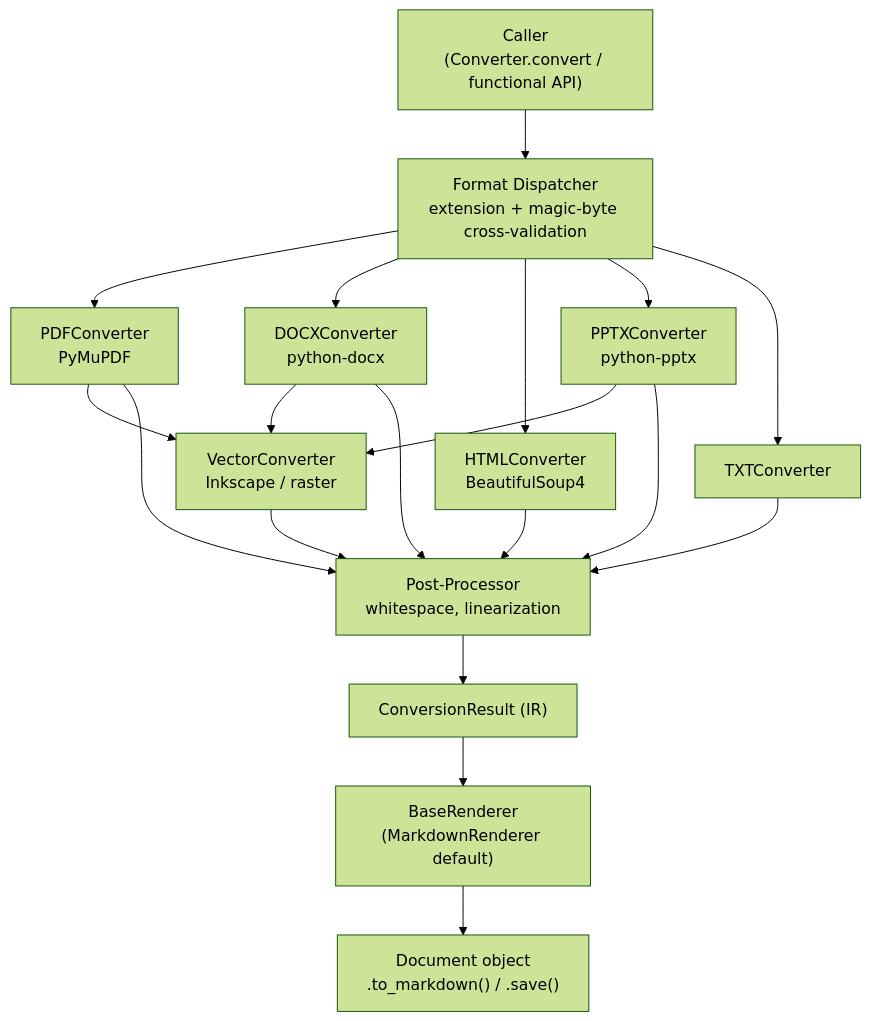
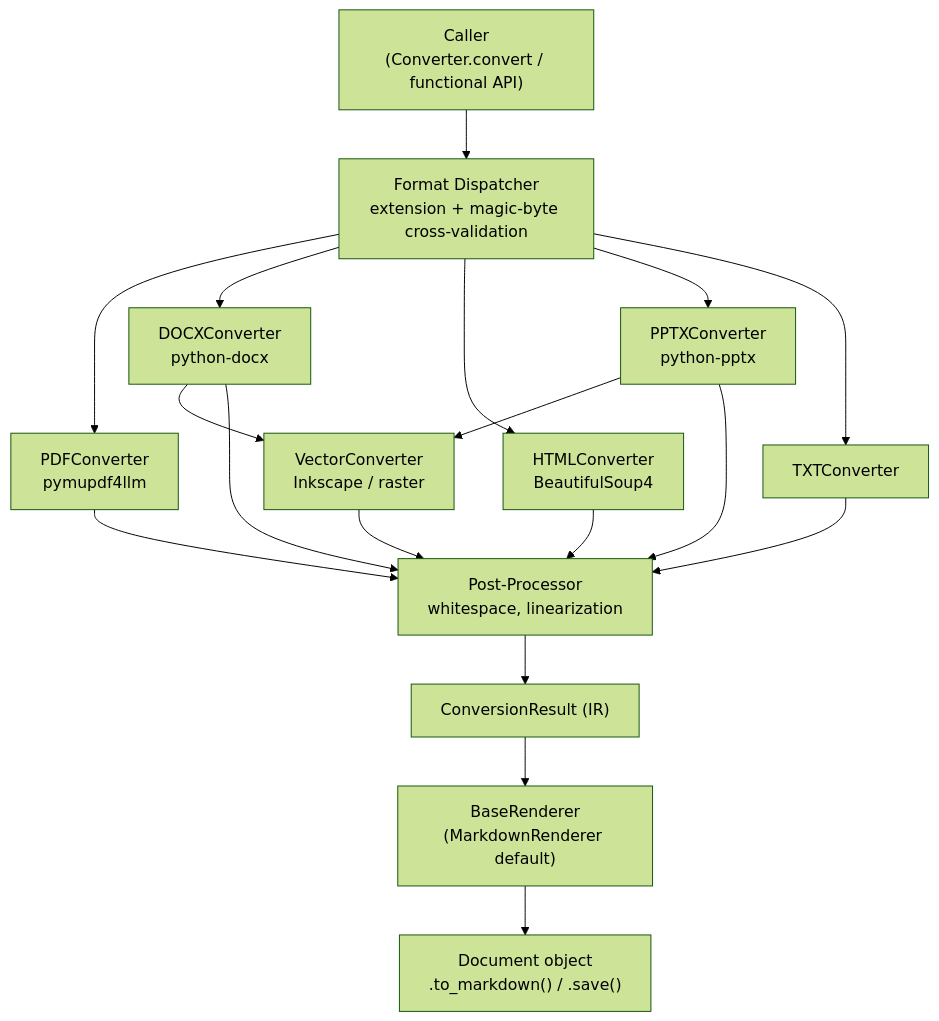
The first of 2 diagrams in docs/spec/design.md (berkakinci/document2markdown), drawn with Mermaid (forest theme) before and after one commit. The commit also changed other lines of this file, not shown here.

Commit message:
spec: remove stale PDF heuristic docs, fix Document.save() return type, update diagram

````diff
--- a/docs/spec/design.md
+++ b/docs/spec/design.md
@@ -23,22 +23,21 @@
 ```mermaid
 flowchart TD
     Caller["Caller\n(Converter.convert / functional API)"]
     Caller --> Dispatcher["Format Dispatcher\nextension + magic-byte cross-validation"]
-    Dispatcher --> PDF["PDFConverter\nPyMuPDF"]
+    Dispatcher --> PDF["PDFConverter\npymupdf4llm"]
     Dispatcher --> DOCX["DOCXConverter\npython-docx"]
     Dispatcher --> HTML["HTMLConverter\nBeautifulSoup4"]
     Dispatcher --> PPTX["PPTXConverter\npython-pptx"]
     Dispatcher --> TXT["TXTConverter"]
     DOCX --> VEC["VectorConverter\nInkscape / raster"]
     PPTX --> VEC
-    PDF --> VEC
     PDF --> PostProc["Post-Processor\nwhitespace, linearization"]
     DOCX --> PostProc
     HTML --> PostProc
     PPTX --> PostProc
     TXT --> PostProc
     VEC --> PostProc
     PostProc --> IR["ConversionResult (IR)"]
     IR --> Renderer["BaseRenderer\n(MarkdownRenderer default)"]
     Renderer --> Document["Document object\n.to_markdown() / .save()"]
 ```
````
